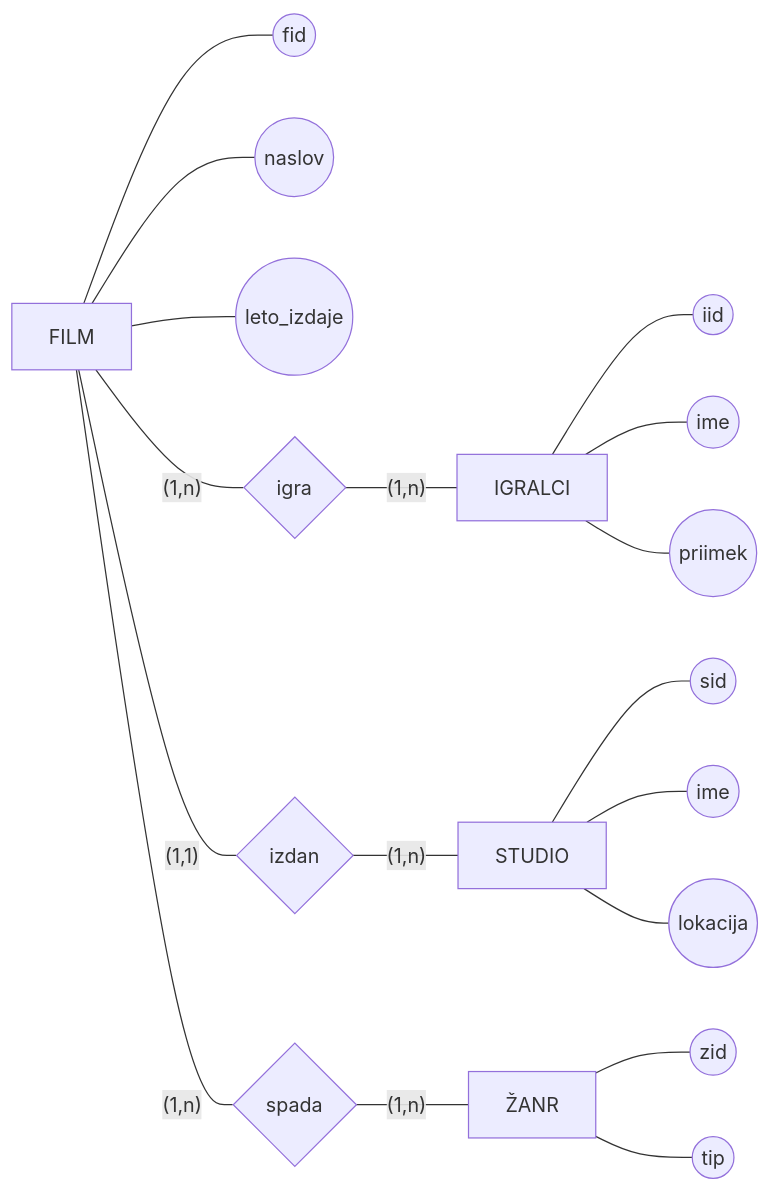
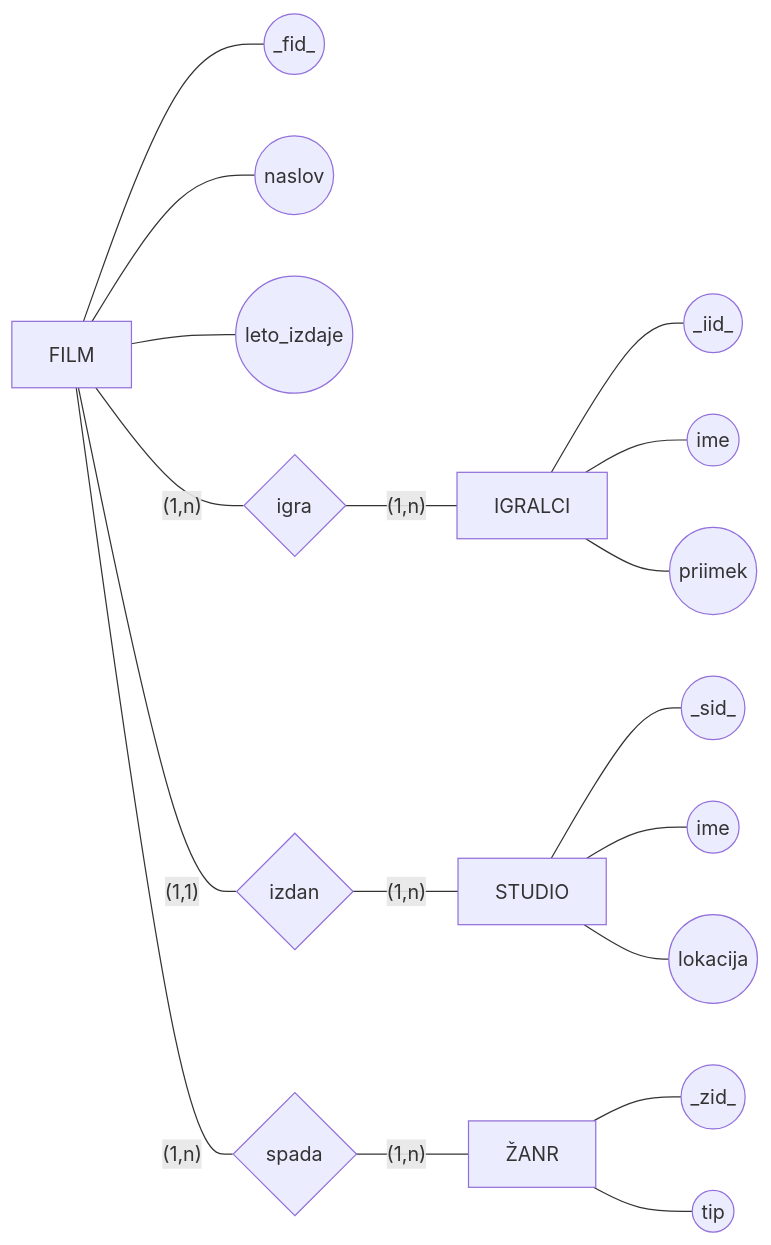
One commit to Tiggax/Zapiski changed the diagram in 2. Letnik/Osnove podatkovnih baz/vaje 19-1-2022.md. Above: the diagram before and after it, drawn with Mermaid.

Commit message:
flyingarchie backup: 2022-01-19 11:11:59

````diff
--- a/2. Letnik/Osnove podatkovnih baz/vaje 19-1-2022.md
+++ b/2. Letnik/Osnove podatkovnih baz/vaje 19-1-2022.md
@@ -2,26 +2,26 @@
 ```mermaid
 flowchart LR
 A[FILM]
 B[STUDIO]
 C[IGRALCI]
 D[ŽANR]
 
-A---A1((fid))
+A---A1((_fid_))
 A---A2((naslov))
 A---A3((leto_izdaje))
 
-B---B1((sid))
+B---B1((_sid_))
 B---B2((ime))
 B---B3((lokacija))
 
-C---C1((iid))
+C---C1((_iid_))
 C---C2((ime))
 C---C3((priimek))
 
-D---D1((zid))
+D---D1((_zid_))
 D---D2((tip))
 
 A-- "(1,n)" ---E{igra}-- "(1,n)" ---C
 A-- "(1,1)" ---F{izdan}-- "(1,n)" ---B
 A-- "(1,n)" ---G{spada}-- "(1,n)" ---D
 ```
````
